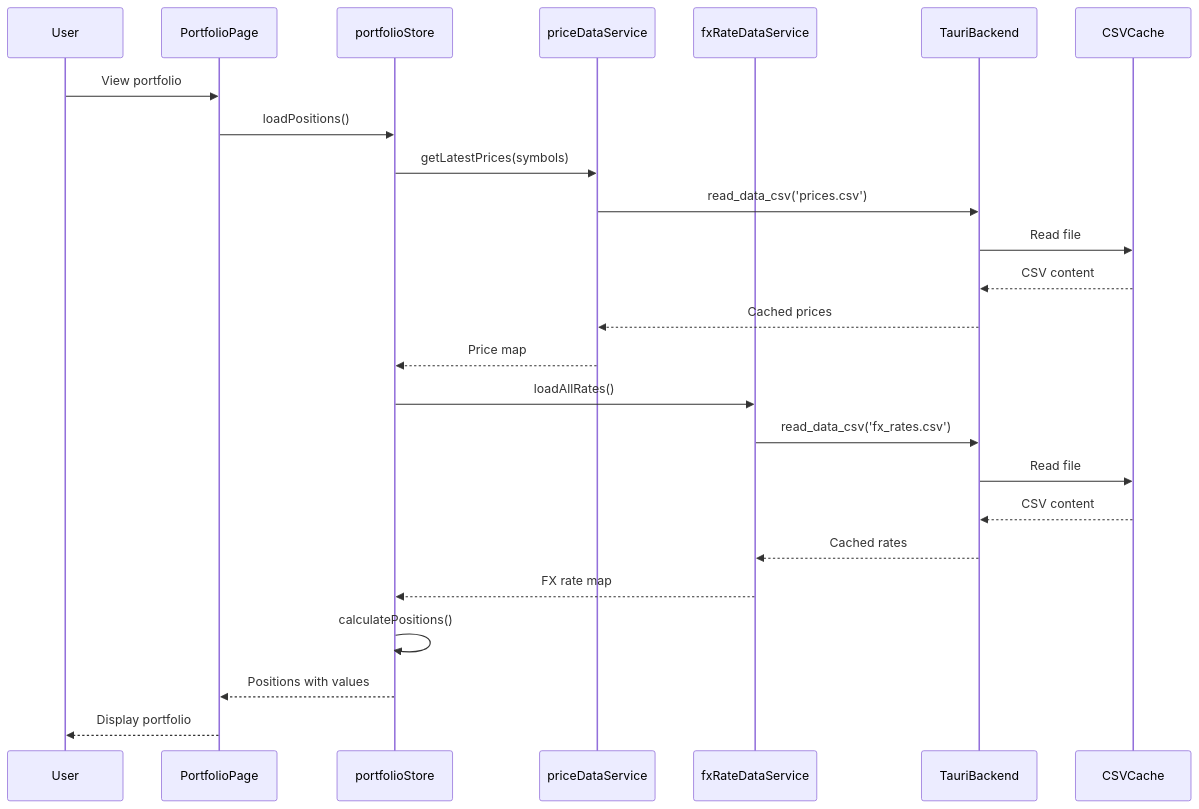
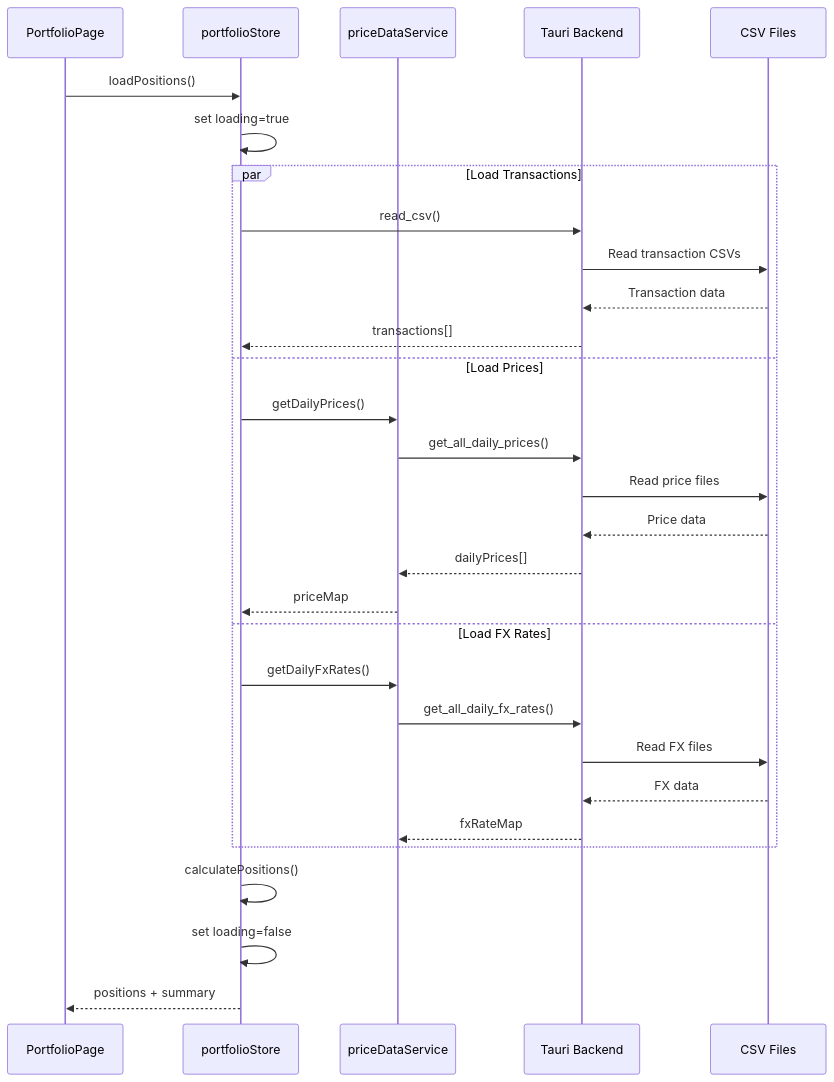
The second of 3 diagrams in README.md (7kfpun/portfolio), drawn with Mermaid before and after one commit. The commit also changed other lines of this file and 27 other files, not shown here.

````diff
--- a/README.md
+++ b/README.md
@@ -192,30 +232,35 @@
 ```mermaid
 sequenceDiagram
-    participant User
-    participant PortfolioPage
-    participant portfolioStore
-    participant priceDataService
-    participant fxRateDataService
-    participant TauriBackend
-    participant CSVCache
+    participant UI as PortfolioPage
+    participant Store as portfolioStore
+    participant Service as priceDataService
+    participant Rust as Tauri Backend
+    participant CSV as CSV Files
 
-    User->>PortfolioPage: View portfolio
-    PortfolioPage->>portfolioStore: loadPositions()
-    portfolioStore->>priceDataService: getLatestPrices(symbols)
-    priceDataService->>TauriBackend: read_data_csv('prices.csv')
-    TauriBackend->>CSVCache: Read file
-    CSVCache-->>TauriBackend: CSV content
-    TauriBackend-->>priceDataService: Cached prices
-    priceDataService-->>portfolioStore: Price map
+    UI->>Store: loadPositions()
+    Store->>Store: set loading=true
 
-    portfolioStore->>fxRateDataService: loadAllRates()
-    fxRateDataService->>TauriBackend: read_data_csv('fx_rates.csv')
-    TauriBackend->>CSVCache: Read file
-    CSVCache-->>TauriBackend: CSV content
-    TauriBackend-->>fxRateDataService: Cached rates
-    fxRateDataService-->>portfolioStore: FX rate map
+    par Load Transactions
+        Store->>Rust: read_csv()
+        Rust->>CSV: Read transaction CSVs
+        CSV-->>Rust: Transaction data
+        Rust-->>Store: transactions[]
+    and Load Prices
+        Store->>Service: getDailyPrices()
+        Service->>Rust: get_all_daily_prices()
+        Rust->>CSV: Read price files
+        CSV-->>Rust: Price data
+        Rust-->>Service: dailyPrices[]
+        Service-->>Store: priceMap
+    and Load FX Rates
+        Store->>Service: getDailyFxRates()
+        Service->>Rust: get_all_daily_fx_rates()
+        Rust->>CSV: Read FX files
+        CSV-->>Rust: FX data
+        Rust-->>Service: fxRateMap
+    end
 
-    portfolioStore->>portfolioStore: calculatePositions()
-    portfolioStore-->>PortfolioPage: Positions with values
-    PortfolioPage-->>User: Display portfolio
+    Store->>Store: calculatePositions()
+    Store->>Store: set loading=false
+    Store-->>UI: positions + summary
 ```
````
